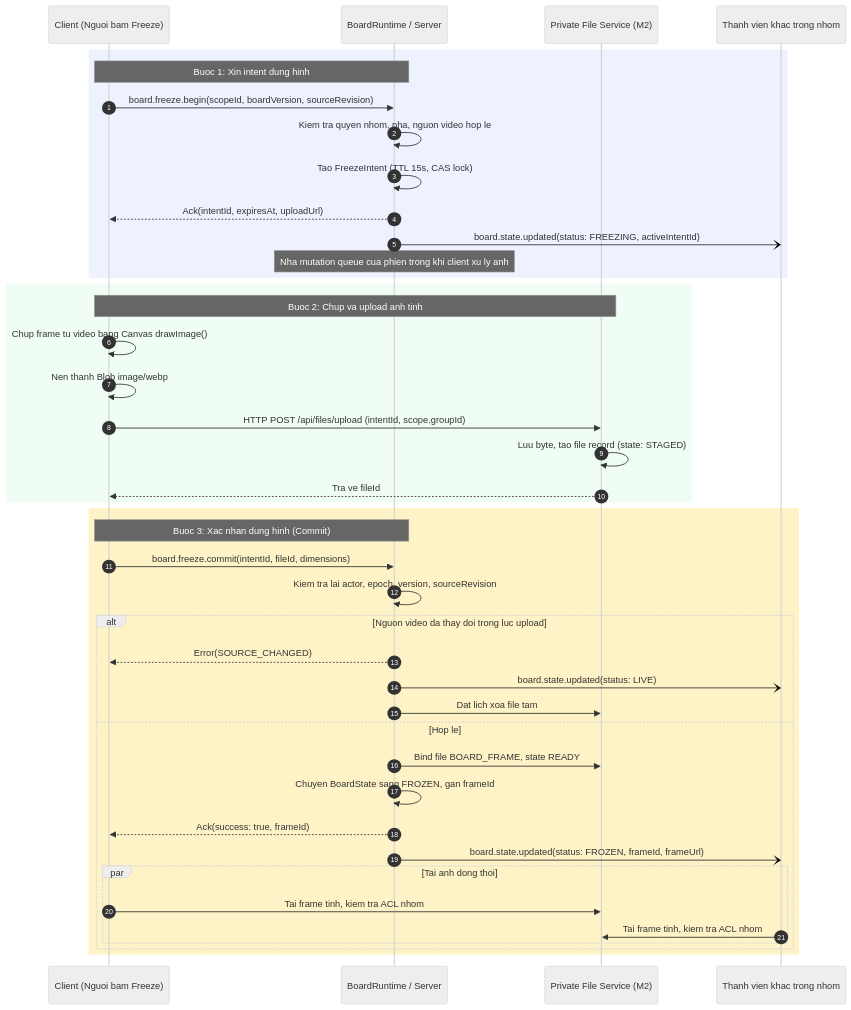
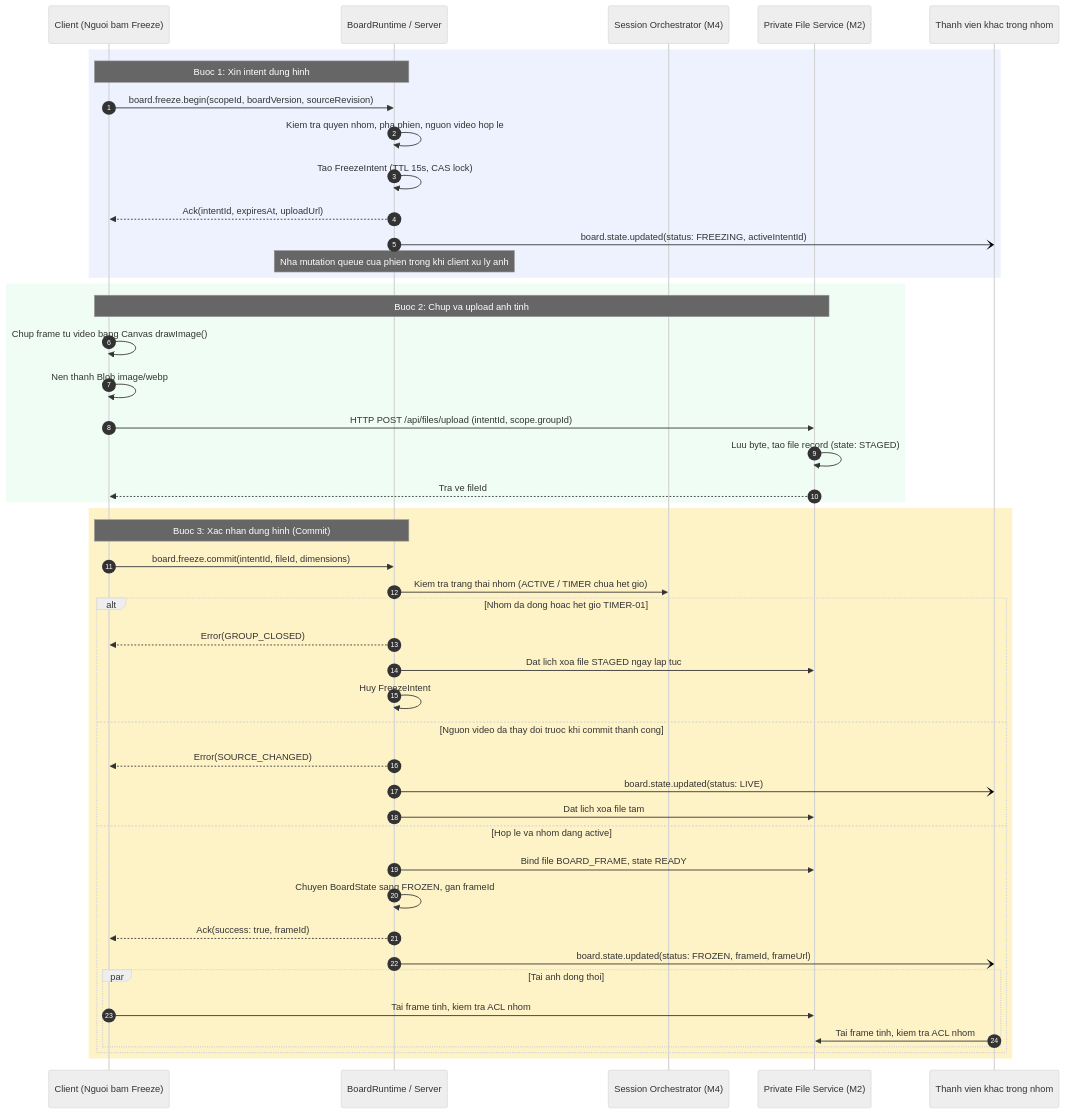
One commit to Lightning1507/CoLearnia changed the fifth of 13 diagrams in docs/proposals/m5-board.md. Above: the diagram before and after it, drawn with Mermaid (neutral theme). The commit also changed other lines of this file, not shown here.

Commit message:
docs(board): address PR review comments on data limits, permissions, and lifecycle

````diff
--- a/docs/proposals/m5-board.md
+++ b/docs/proposals/m5-board.md
@@ -568,47 +568,52 @@
 ```mermaid
 sequenceDiagram
-  autonumber
-  participant C as Client (Nguoi bam Freeze)
-  participant S as BoardRuntime / Server
-  participant F as Private File Service (M2)
-  participant G as Thanh vien khac trong nhom
+autonumber
+participant C as Client (Nguoi bam Freeze)
+participant S as BoardRuntime / Server
+participant M4 as Session Orchestrator (M4)
+participant F as Private File Service (M2)
+participant G as Thanh vien khac trong nhom
 
-  rect rgb(238, 242, 255)
-    Note over C,S: Buoc 1: Xin intent dung hinh
-    C->>S: board.freeze.begin(scopeId, boardVersion, sourceRevision)
-    S->>S: Kiem tra quyen nhom, pha, nguon video hop le
-    S->>S: Tao FreezeIntent (TTL 15s, CAS lock)
-    S-->>C: Ack(intentId, expiresAt, uploadUrl)
-    S-)G: board.state.updated(status: FREEZING, activeIntentId)
-    Note over S: Nha mutation queue cua phien trong khi client xu ly anh
-  end
+rect rgb(238, 242, 255)
+Note over C,S: Buoc 1: Xin intent dung hinh
+C->>S: board.freeze.begin(scopeId, boardVersion, sourceRevision)
+S->>S: Kiem tra quyen nhom, pha phien, nguon video hop le
+S->>S: Tao FreezeIntent (TTL 15s, CAS lock)
+S-->>C: Ack(intentId, expiresAt, uploadUrl)
+S-)G: board.state.updated(status: FREEZING, activeIntentId)
+Note over S: Nha mutation queue cua phien trong khi client xu ly anh
+end
 
-  rect rgb(240, 253, 244)
-    Note over C,F: Buoc 2: Chup va upload anh tinh
-    C->>C: Chup frame tu video bang Canvas drawImage()
-    C->>C: Nen thanh Blob image/webp
-    C->>F: HTTP POST /api/files/upload (intentId, scope.groupId)
-    F->>F: Luu byte, tao file record (state: STAGED)
-    F-->>C: Tra ve fileId
-  end
+rect rgb(240, 253, 244)
+Note over C,F: Buoc 2: Chup va upload anh tinh
+C->>C: Chup frame tu video bang Canvas drawImage()
+C->>C: Nen thanh Blob image/webp
+C->>F: HTTP POST /api/files/upload (intentId, scope.groupId)
+F->>F: Luu byte, tao file record (state: STAGED)
+F-->>C: Tra ve fileId
+end
 
-  rect rgb(254, 243, 199)
-    Note over C,S: Buoc 3: Xac nhan dung hinh (Commit)
-    C->>S: board.freeze.commit(intentId, fileId, dimensions)
-    S->>S: Kiem tra lai actor, epoch, version, sourceRevision
-    alt Nguon video da thay doi trong luc upload
-      S-->>C: Error(SOURCE_CHANGED)
-      S-)G: board.state.updated(status: LIVE)
-      S->>F: Dat lich xoa file tam
-    else Hop le
-      S->>F: Bind file BOARD_FRAME, state READY
-      S->>S: Chuyen BoardState sang FROZEN, gan frameId
-      S-->>C: Ack(success: true, frameId)
-      S-)G: board.state.updated(status: FROZEN, frameId, frameUrl)
-      par Tai anh dong thoi
-        C->>F: Tai frame tinh, kiem tra ACL nhom
-        G->>F: Tai frame tinh, kiem tra ACL nhom
-      end
-    end
-  end
+rect rgb(254, 243, 199)
+Note over C,S: Buoc 3: Xac nhan dung hinh (Commit)
+C->>S: board.freeze.commit(intentId, fileId, dimensions)
+S->>M4: Kiem tra trang thai nhom (ACTIVE / TIMER chua het gio)
+alt Nhom da dong hoac het gio TIMER-01
+S-->>C: Error(GROUP_CLOSED)
+S->>F: Dat lich xoa file STAGED ngay lap tuc
+S->>S: Huy FreezeIntent
+else Nguon video da thay doi truoc khi commit thanh cong
+S-->>C: Error(SOURCE_CHANGED)
+S-)G: board.state.updated(status: LIVE)
+S->>F: Dat lich xoa file tam
+else Hop le va nhom dang active
+S->>F: Bind file BOARD_FRAME, state READY
+S->>S: Chuyen BoardState sang FROZEN, gan frameId
+S-->>C: Ack(success: true, frameId)
+S-)G: board.state.updated(status: FROZEN, frameId, frameUrl)
+par Tai anh dong thoi
+C->>F: Tai frame tinh, kiem tra ACL nhom
+G->>F: Tai frame tinh, kiem tra ACL nhom
+end
+end
+end
 ```
````
